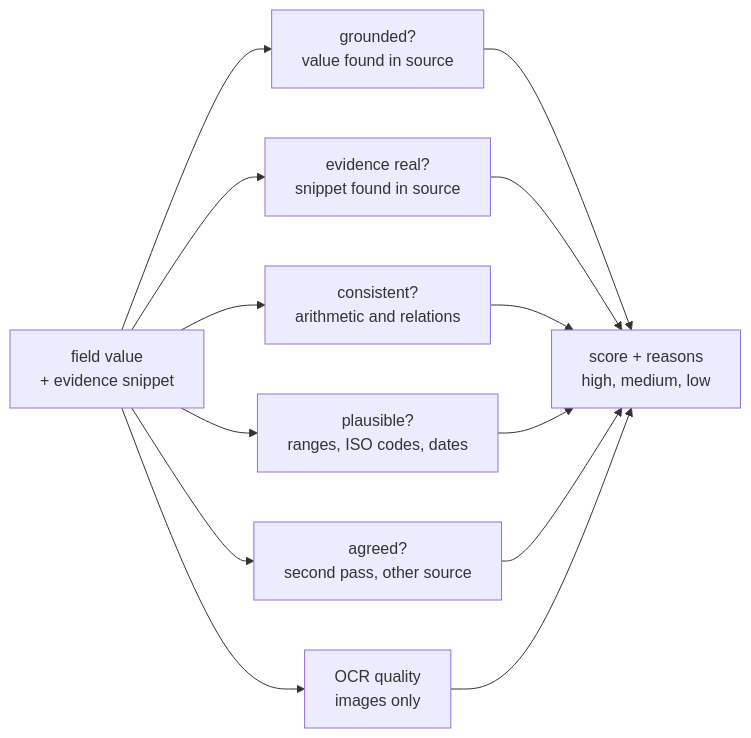
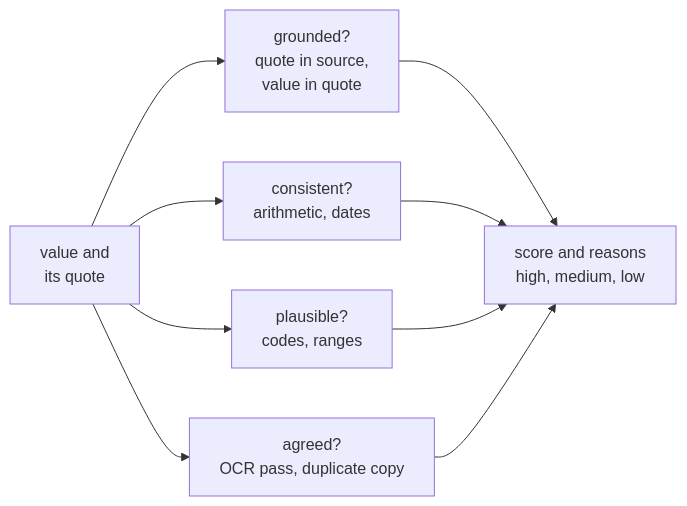
Before and after one commit to sean-carmody5/docintel: the third of 3 diagrams in PLAN.md, drawn with Mermaid. The commit also changed other lines of this file and 2 other files, not shown here.

````diff
--- a/PLAN.md
+++ b/PLAN.md
@@ -146,10 +101,8 @@
 ```mermaid
 flowchart LR
-  E[field value<br/>+ evidence snippet] --> G[grounded?<br/>value found in source]
-  E --> Q[evidence real?<br/>snippet found in source]
-  E --> C[consistent?<br/>arithmetic and relations]
-  E --> P[plausible?<br/>ranges, ISO codes, dates]
-  E --> A[agreed?<br/>second pass, other source]
-  E --> O[OCR quality<br/>images only]
-  G & Q & C & P & A & O --> S[score + reasons<br/>high, medium, low]
+  E[value and<br/>its quote] --> G[grounded?<br/>quote in source,<br/>value in quote]
+  E --> C[consistent?<br/>arithmetic, dates]
+  E --> P[plausible?<br/>codes, ranges]
+  E --> A[agreed?<br/>OCR pass, duplicate copy]
+  G & C & P & A --> S[score and reasons<br/>high, medium, low]
 ```
````
